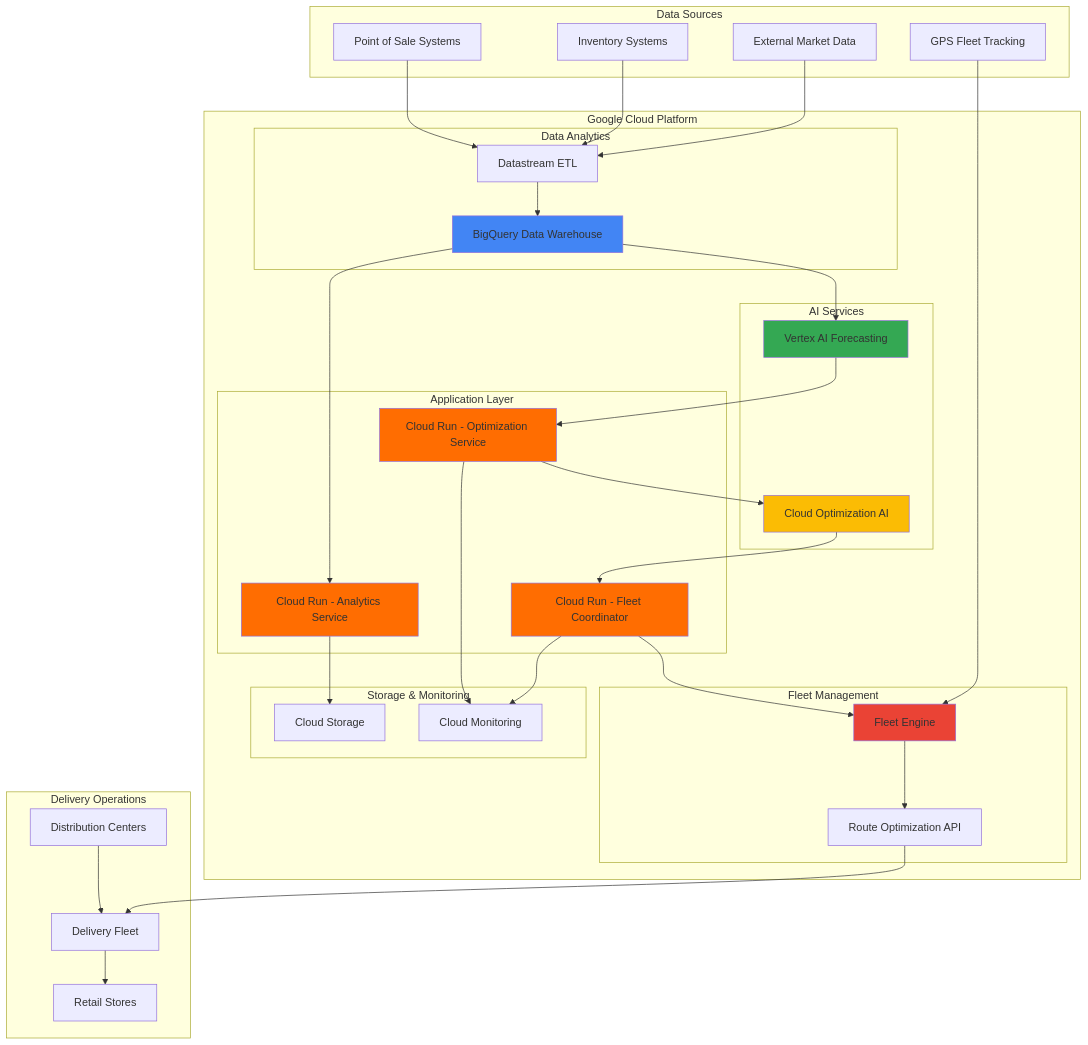
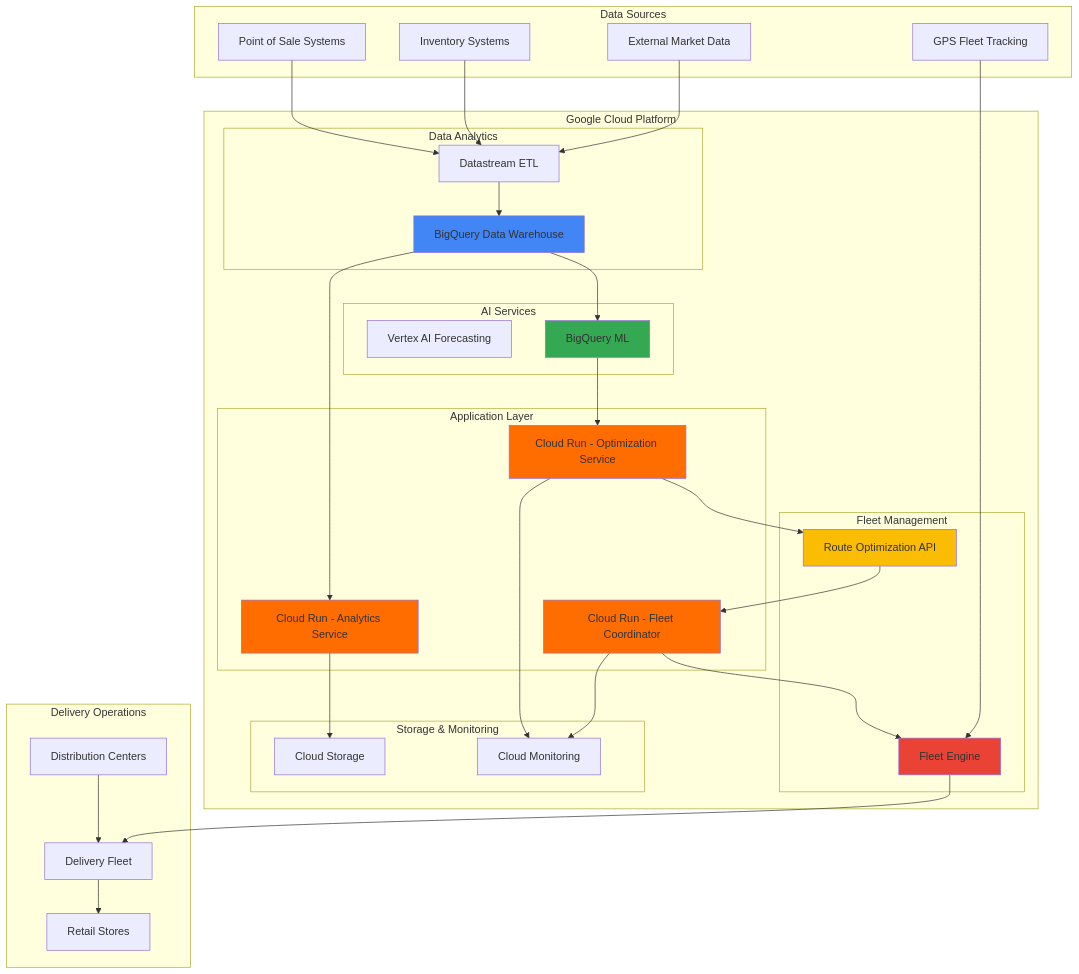
One commit to mzazon/awesome-cloud-projects changed the diagram in gcp/intelligent-retail-inventory-optimization/intelligent-retail-inventory-optimization.md. Above: the diagram before and after it, drawn with Mermaid. The commit also changed other lines of this file and 5581 other files, not shown here.

````diff
--- a/gcp/intelligent-retail-inventory-optimization/intelligent-retail-inventory-optimization.md
+++ b/gcp/intelligent-retail-inventory-optimization/intelligent-retail-inventory-optimization.md
@@ -30,75 +30,74 @@
 ```mermaid
 graph TB
     subgraph "Data Sources"
         POS[Point of Sale Systems]
         INV[Inventory Systems]
         EXT[External Market Data]
         GPS[GPS Fleet Tracking]
     end
     
     subgraph "Google Cloud Platform"
         subgraph "Data Analytics"
             BQ[BigQuery Data Warehouse]
             DS[Datastream ETL]
         end
         
         subgraph "AI Services"
             VAI[Vertex AI Forecasting]
-            OPT[Cloud Optimization AI]
+            BQML[BigQuery ML]
         end
         
         subgraph "Fleet Management"
             FE[Fleet Engine]
-            ROUTE[Route Optimization API]
+            RO[Route Optimization API]
         end
         
         subgraph "Application Layer"
             CR1[Cloud Run - Analytics Service]
             CR2[Cloud Run - Optimization Service]
             CR3[Cloud Run - Fleet Coordinator]
         end
         
         subgraph "Storage & Monitoring"
             CS[Cloud Storage]
             MON[Cloud Monitoring]
         end
     end
     
     subgraph "Delivery Operations"
         FLEET[Delivery Fleet]
         STORES[Retail Stores]
         WH[Distribution Centers]
     end
     
     POS-->DS
     INV-->DS
     EXT-->DS
     GPS-->FE
     
     DS-->BQ
-    BQ-->VAI
+    BQ-->BQML
     BQ-->CR1
     
-    VAI-->CR2
-    CR2-->OPT
-    OPT-->CR3
+    BQML-->CR2
+    CR2-->RO
+    RO-->CR3
     
     CR3-->FE
-    FE-->ROUTE
-    ROUTE-->FLEET
+    FE-->FLEET
     
     FLEET-->STORES
     WH-->FLEET
     
     CR1-->CS
     CR2-->MON
     CR3-->MON
     
     style BQ fill:#4285F4
-    style VAI fill:#34A853
+    style BQML fill:#34A853
     style FE fill:#EA4335
-    style OPT fill:#FBBC04
+    style RO fill:#FBBC04
     style CR1 fill:#FF6D01
     style CR2 fill:#FF6D01
     style CR3 fill:#FF6D01
 ```
````
